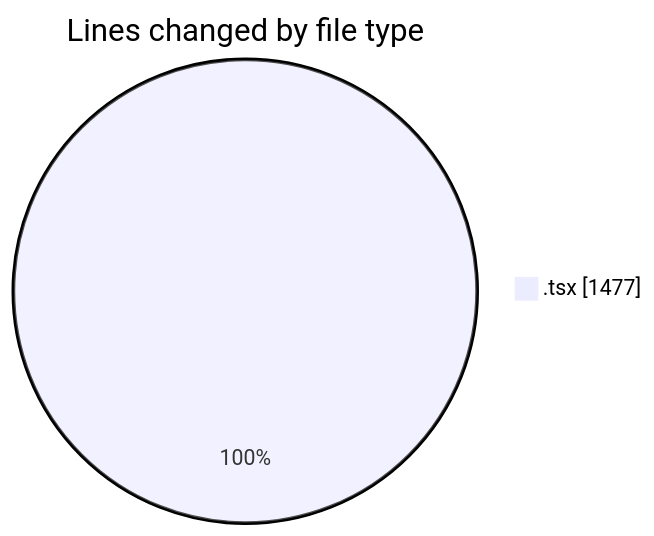
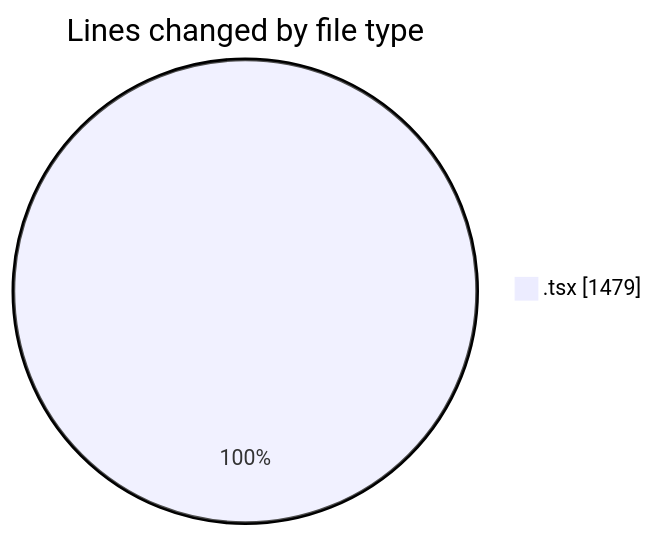
The first of 2 diagrams in 2026-06-10/nxtqube_webapp/README.md (nxtqubesakshisongat/code-tracking), drawn with Mermaid before and after one commit. The commit also changed other lines of this file and 1 other file, not shown here.

````diff
--- a/2026-06-10/nxtqube_webapp/README.md
+++ b/2026-06-10/nxtqube_webapp/README.md
@@ -20,5 +20,5 @@
 ```mermaid
 pie showData
 title Lines changed by file type
-".tsx" : 1477
+".tsx" : 1479
 ```
````
